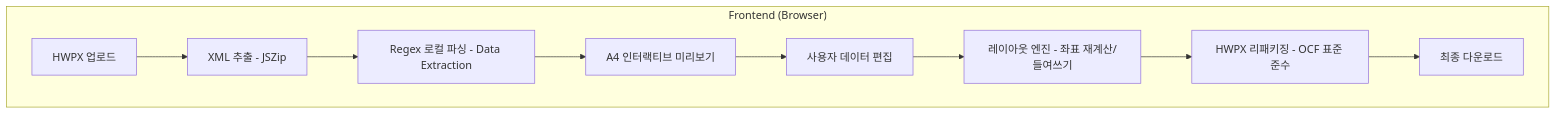
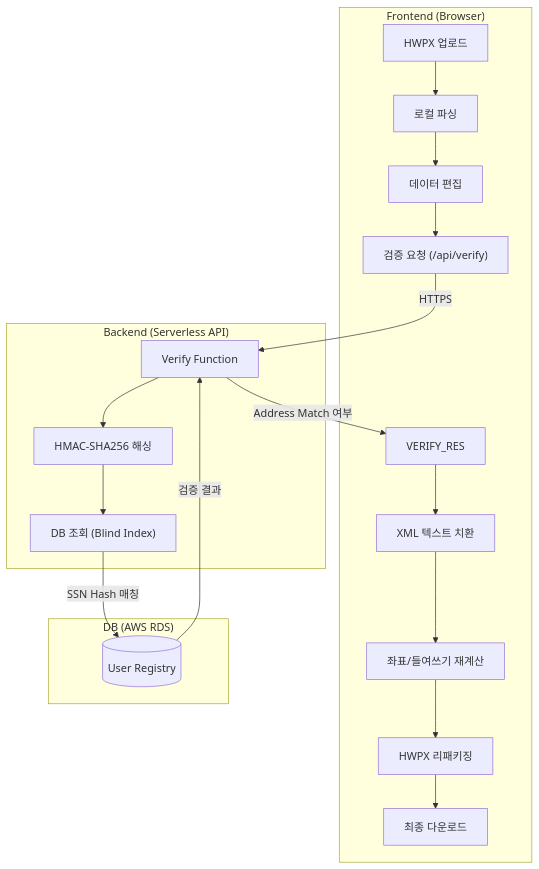
One commit to jpjp92/hwpx-back changed the diagram in README.md. Above: the diagram before and after it, drawn with Mermaid. The commit also changed other lines of this file and 4 other files, not shown here.

````diff
--- a/README.md
+++ b/README.md
@@ -22,13 +25,25 @@
 ```mermaid
 flowchart TD
     subgraph Frontend ["Frontend (Browser)"]
-        U[HWPX 업로드] 
-        U --> UNZIP[XML 추출 - JSZip]
-        UNZIP --> PARSE[Regex 로컬 파싱 - Data Extraction]
-        PARSE --> PREVIEW[A4 인터랙티브 미리보기]
-        PREVIEW --> EDIT[사용자 데이터 편집]
-        EDIT --> ENGINE[레이아웃 엔진 - 좌표 재계산/들여쓰기]
-        ENGINE --> REPACK[HWPX 리패키징 - OCF 표준 준수]
+        U[HWPX 업로드] --> PARSE[로컬 파싱]
+        PARSE --> EDIT[데이터 편집]
+        EDIT --> VERIFY_REQ["검증 요청 (/api/verify)"]
+        VERIFY_RES --> REPLACE[XML 텍스트 치환]
+        REPLACE --> LAYOUT[좌표/들여쓰기 재계산]
+        LAYOUT --> REPACK[HWPX 리패키징]
         REPACK --> DL[최종 다운로드]
     end
+
+    subgraph Backend ["Backend (Serverless API)"]
+        VERIFY_REQ -- "HTTPS" --> API[Verify Function]
+        API --> HASH[HMAC-SHA256 해싱]
+        HASH --> QUERY["DB 조회 (Blind Index)"]
+    end
+
+    subgraph Database ["DB (AWS RDS)"]
+        QUERY -- "SSN Hash 매칭" --> DB[("User Registry")]
+        DB -- "검증 결과" --> API
+    end
+
+    API -- "Address Match 여부" --> VERIFY_RES
 ```
````
